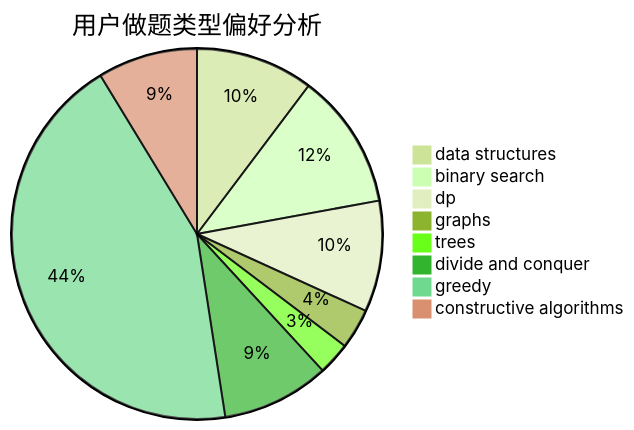
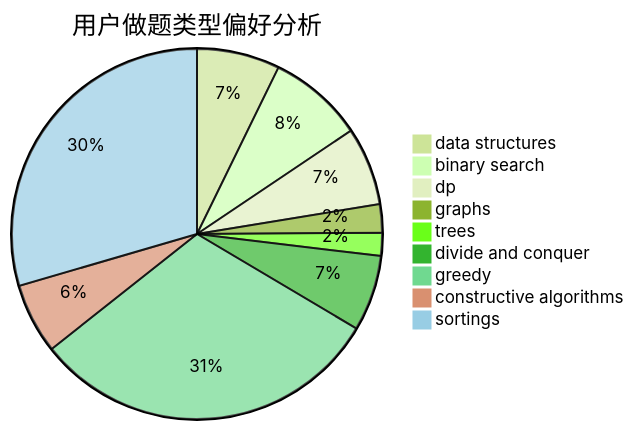
One commit to sherpahu/cfrs.github.io changed the second of 3 diagrams in docs/user/u470.md. Above: the diagram before and after it, drawn with Mermaid (forest theme). The commit also changed other lines of this file and 2769 other files, not shown here.

````diff
--- a/docs/user/u470.md
+++ b/docs/user/u470.md
@@ -23,11 +18,12 @@
 ```mermaid
 pie title 用户做题类型偏好分析
     "data structures" :  105
     "binary search" :  121
     "dp" :  99
     "graphs" :  36
     "trees" :  29
     "divide and conquer" :  96
     "greedy" :  447
     "constructive algorithms" :  89
+    "sortings" :  428
 ```
````
